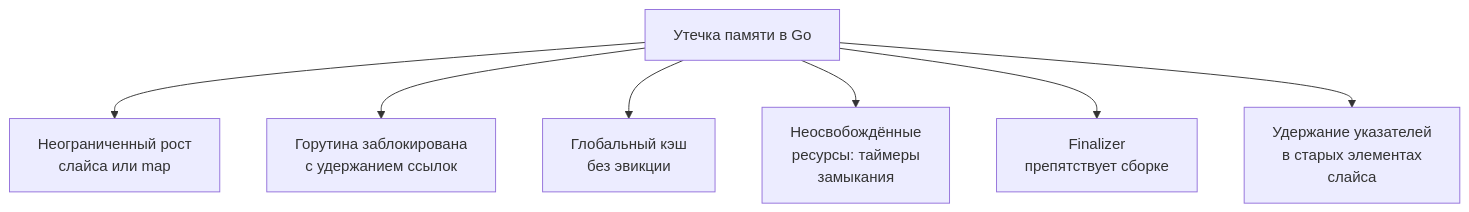
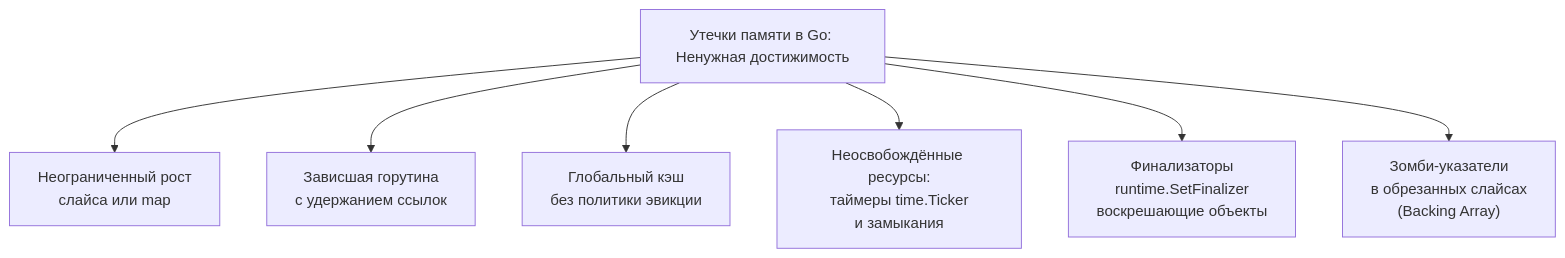
The diagram in sources/16. Профилирование, отладка и производительность/04. Memory profiling/6. Утечки памяти.md (UnrealTemplier/go-textbook), drawn with Mermaid before and after one commit. The commit also changed other lines of this file, not shown here.

Commit message:
feat(module-16): editorial rewrite of lecture 6 (Утечки памяти) in Subsection 04 in Kernighan style

````diff
--- a/sources/16. Профилирование, отладка и производительность/04. Memory profiling/6. Утечки памяти.md
+++ b/sources/16. Профилирование, отладка и производительность/04. Memory profiling/6. Утечки памяти.md
@@ -13,9 +27,9 @@
 ```mermaid
 flowchart TD
-    Leak["Утечка памяти в Go"] --> Type1["Неограниченный рост<br>слайса или map"]
-    Leak --> Type2["Горутина заблокирована<br>с удержанием ссылок"]
-    Leak --> Type3["Глобальный кэш<br>без эвикции"]
-    Leak --> Type4["Неосвобождённые<br>ресурсы: таймеры<br>замыкания"]
-    Leak --> Type5["Finalizer<br>препятствует сборке"]
-    Leak --> Type6["Удержание указателей<br>в старых элементах<br>слайса"]
+    Leak["Утечки памяти в Go: Ненужная достижимость"] --> Type1["Неограниченный рост<br>слайса или map"]
+    Leak --> Type2["Зависшая горутина<br>с удержанием ссылок"]
+    Leak --> Type3["Глобальный кэш<br>без политики эвикции"]
+    Leak --> Type4["Неосвобождённые ресурсы:<br>таймеры time.Ticker<br>и замыкания"]
+    Leak --> Type5["Финализаторы<br>runtime.SetFinalizer<br>воскрешающие объекты"]
+    Leak --> Type6["Зомби-указатели<br>в обрезанных слайсах<br>(Backing Array)"]
 ```
````
